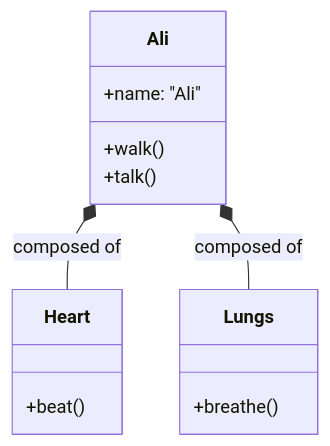
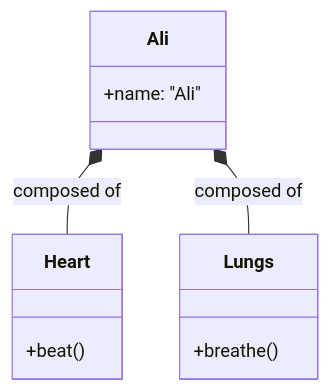
Before and after one commit to Muhammad-Hussain456/OOP: the seventh of 10 diagrams in 07_AssociationAggregationAndComposition.md, drawn with Mermaid. The commit also changed other lines of this file, not shown here.

````diff
--- a/07_AssociationAggregationAndComposition.md
+++ b/07_AssociationAggregationAndComposition.md
@@ -178,17 +201,15 @@
 ```mermaid
 classDiagram
     Ali *-- Heart : composed of
     Ali *-- Lungs : composed of
     
     class Ali {
         +name: "Ali"
-        +walk()
-        +talk()
     }
     class Heart {
         +beat()
     }
     class Lungs {
         +breathe()
     }
 ```
````
